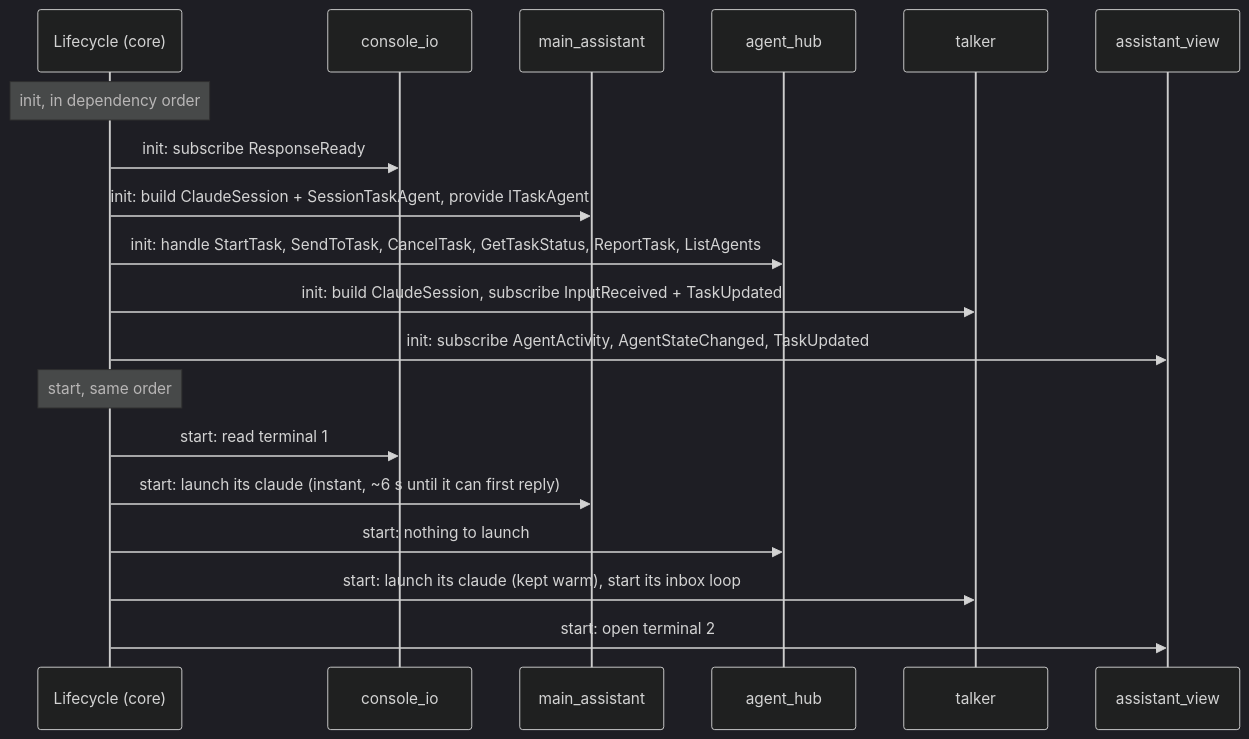
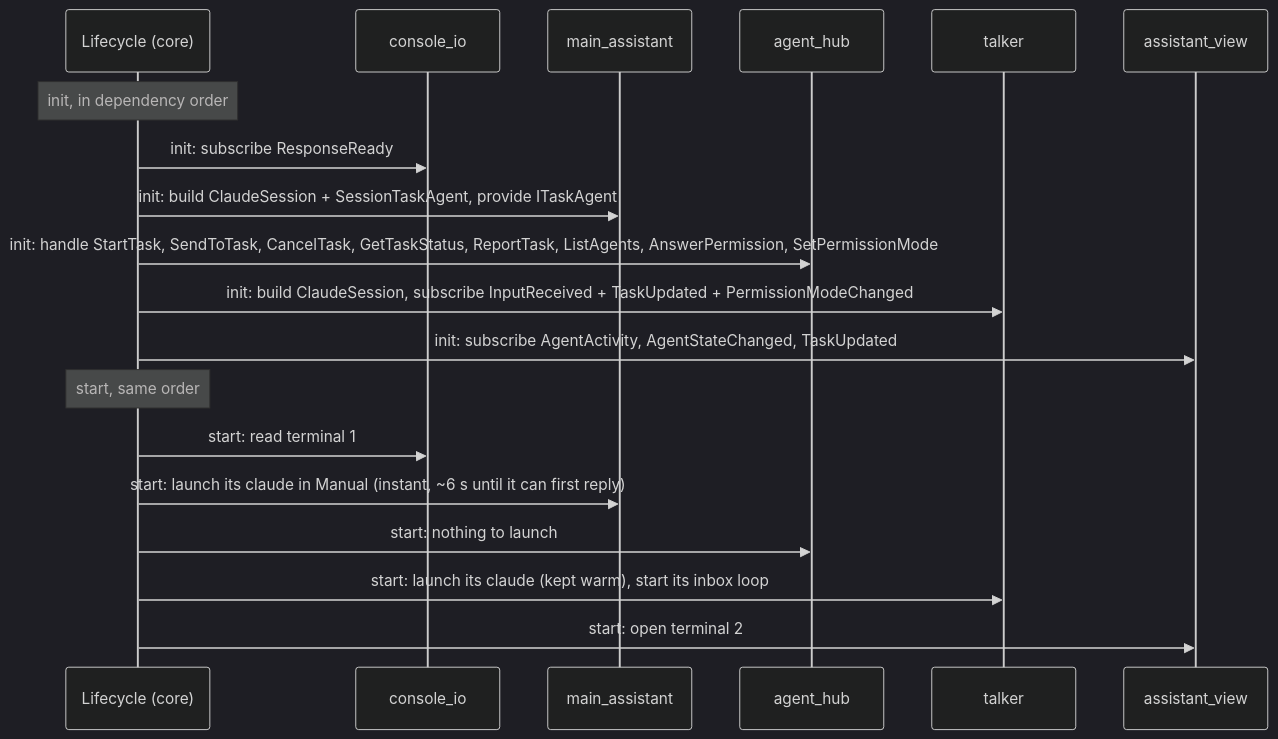
Before and after one commit to sharramon/AI_Assistant: the sixth of 11 diagrams in docs/agents/runtime.md, drawn with Mermaid (dark theme). The commit also changed other lines of this file and 51 other files, not shown here.

````diff
--- a/docs/agents/runtime.md
+++ b/docs/agents/runtime.md
@@ -167,23 +215,23 @@
 ```mermaid
 sequenceDiagram
     participant L as Lifecycle (core)
     participant C as console_io
     participant M as main_assistant
     participant H as agent_hub
     participant T as talker
     participant V as assistant_view
 
     Note over L: init, in dependency order
     L->>C: init: subscribe ResponseReady
     L->>M: init: build ClaudeSession + SessionTaskAgent, provide ITaskAgent
-    L->>H: init: handle StartTask, SendToTask, CancelTask, GetTaskStatus, ReportTask, ListAgents
-    L->>T: init: build ClaudeSession, subscribe InputReceived + TaskUpdated
+    L->>H: init: handle StartTask, SendToTask, CancelTask, GetTaskStatus, ReportTask, ListAgents, AnswerPermission, SetPermissionMode
+    L->>T: init: build ClaudeSession, subscribe InputReceived + TaskUpdated + PermissionModeChanged
     L->>V: init: subscribe AgentActivity, AgentStateChanged, TaskUpdated
 
     Note over L: start, same order
     L->>C: start: read terminal 1
-    L->>M: start: launch its claude (instant, ~6 s until it can first reply)
+    L->>M: start: launch its claude in Manual (instant, ~6 s until it can first reply)
     L->>H: start: nothing to launch
     L->>T: start: launch its claude (kept warm), start its inbox loop
     L->>V: start: open terminal 2
 ```
````
